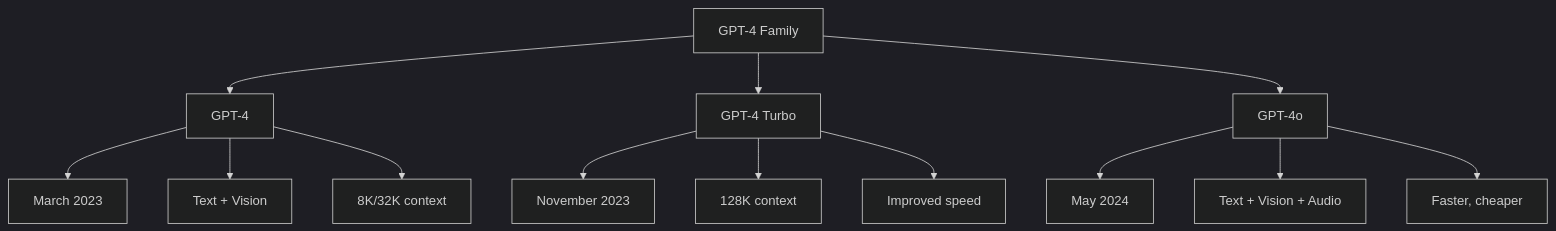
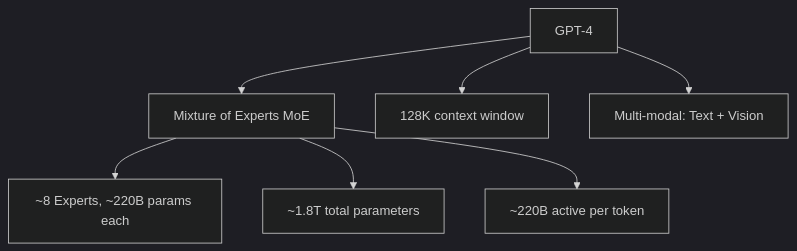
The first of 2 diagrams in src/llm/sota/gpt4.md (vanos001/placement_prep), drawn with Mermaid (dark theme) before and after one commit. The commit also changed other lines of this file and 5 other files, not shown here.

````diff
--- a/src/llm/sota/gpt4.md
+++ b/src/llm/sota/gpt4.md
@@ -7,18 +11,9 @@
 ```mermaid
 graph TD
-    A[GPT-4 Family] --> B[GPT-4]
-    A --> C[GPT-4 Turbo]
-    A --> D[GPT-4o]
-    
-    B --> B1["March 2023"]
-    B --> B2["Text + Vision"]
-    B --> B3["8K/32K context"]
-    
-    C --> C1["November 2023"]
-    C --> C2["128K context"]
-    C --> C3["Improved speed"]
-    
-    D --> D1["May 2024"]
-    D --> D2["Text + Vision + Audio"]
-    D --> D3["Faster, cheaper"]
+    A[GPT-4] --> B[Mixture of Experts MoE]
+    B --> C[~8 Experts, ~220B params each]
+    B --> D[~1.8T total parameters]
+    B --> E[~220B active per token]
+    A --> F[128K context window]
+    A --> G[Multi-modal: Text + Vision]
 ```
````
